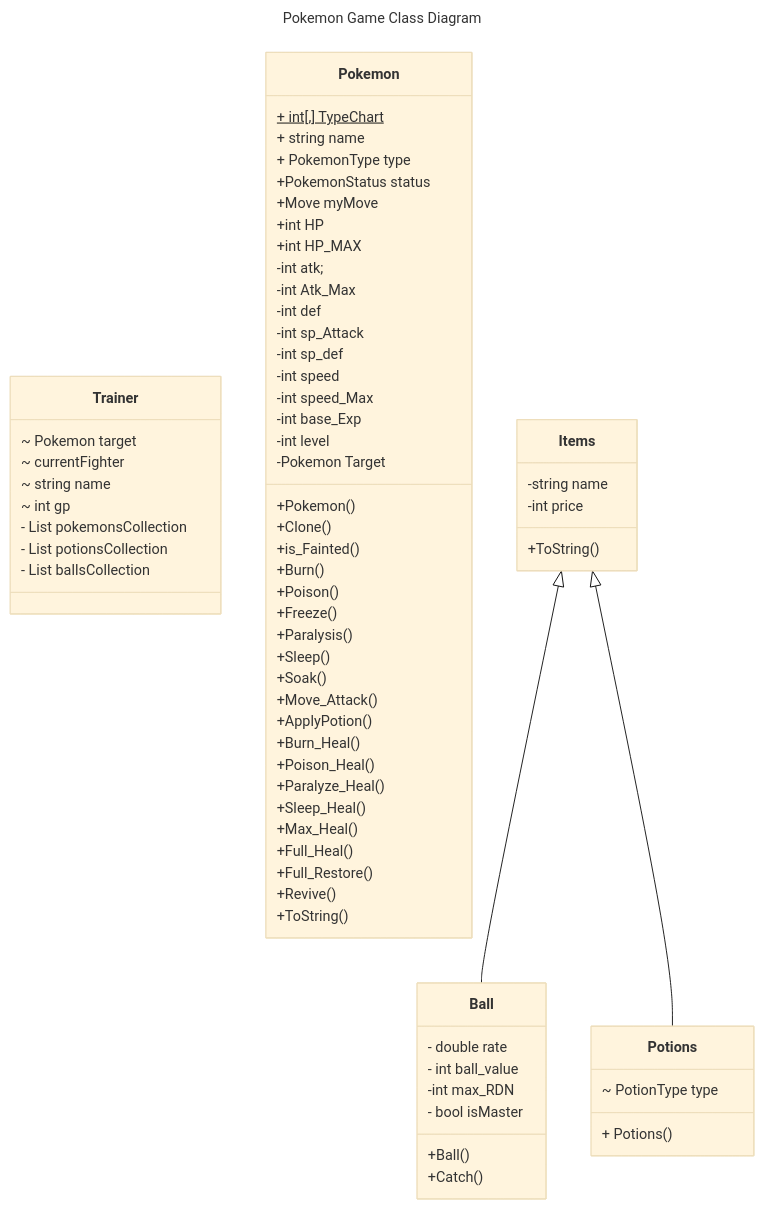
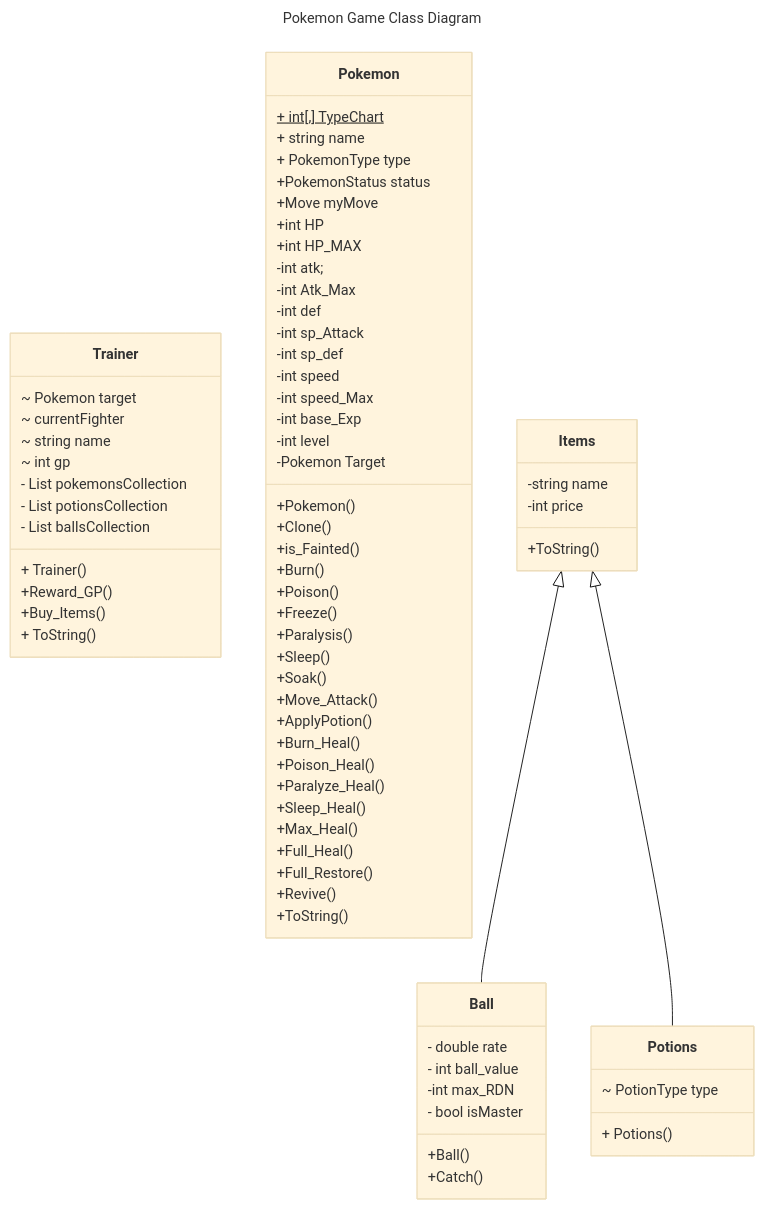
One commit to jinxsu/TextBased-Pokemon changed the diagram in README.md. Above: the diagram before and after it, drawn with Mermaid (base theme).

````diff
--- a/README.md
+++ b/README.md
@@ -1,82 +1,81 @@
 ```mermaid
 ---
 title: Pokemon Game Class Diagram
 ---
 classDiagram
 class Trainer{
         ~ Pokemon target
         ~ currentFighter
         ~ string name
         ~ int gp
         - List<Pokemon> pokemonsCollection
         - List<Potions> potionsCollection
         - List<Ball> ballsCollection
+        + Trainer()
+        +Reward_GP()
+        +Buy_Items()
+        + ToString()
 
         
 }
 class Pokemon{
         + int[,] TypeChart$
         + string name
         + PokemonType type
         +PokemonStatus status
         +Move myMove
         +int HP
         +int HP_MAX
         -int atk;
         -int Atk_Max
         -int def
         -int sp_Attack
         -int sp_def
         -int speed
         -int speed_Max
         -int base_Exp
         -int level
         -Pokemon Target
         +Pokemon()
         +Clone()
         +is_Fainted()
         +Burn()
         +Poison()
         +Freeze()
         +Paralysis()
         +Sleep()
         +Soak()
         +Move_Attack()
         +ApplyPotion()
         +Burn_Heal()
         +Poison_Heal()
         +Paralyze_Heal()
         +Sleep_Heal()
         +Max_Heal()
         +Full_Heal()
         +Full_Restore()
         +Revive()
         +ToString()
         
 }
 Items<|-- Ball
 Items<|--Potions
 Items: -string name
 Items: -int price
 Items: +ToString()
 class Ball{
         - double rate
         - int ball_value
         -int max_RDN
         - bool isMaster
         +Ball()
         +Catch()
     }
 class Potions{
        ~ PotionType type
        + Potions()
     }
 
 
 
-
-
-
-
-
 ```
````
